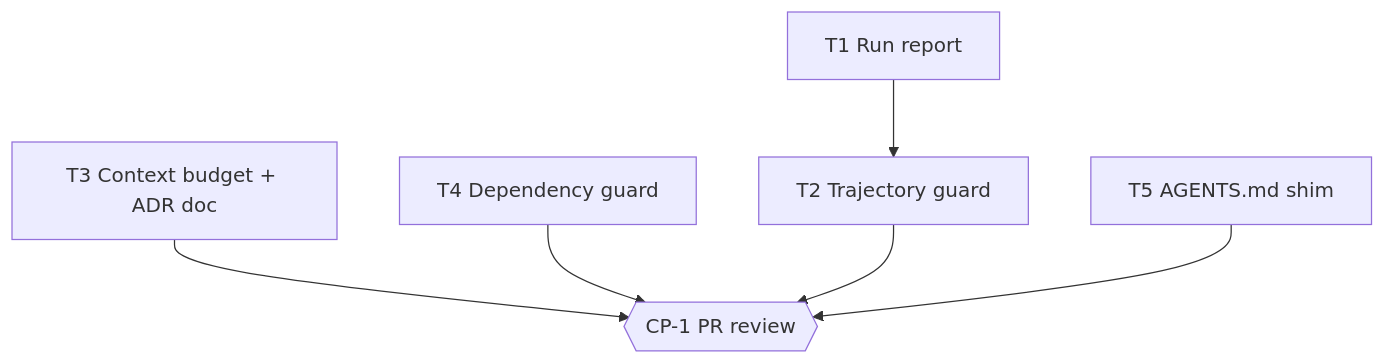
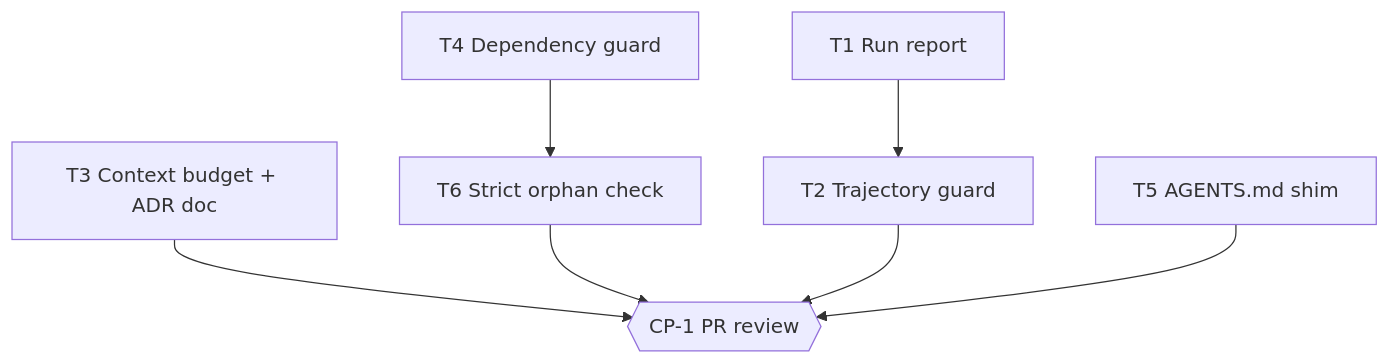
One commit to antoinelef23/Claudo changed the diagram in work/sdlc-rework/tasks.md. Above: the diagram before and after it, drawn with Mermaid. The commit also changed other lines of this file and 2 other files, not shown here.

First line of the commit message:
docs(sdlc-rework): amend spec 1.1.0 — BHV-4a strict orphan check [BHV-4a, EVAL-6]

````diff
--- a/work/sdlc-rework/tasks.md
+++ b/work/sdlc-rework/tasks.md
@@ -16,8 +16,9 @@
 ```mermaid
 flowchart TD
     T1[T1 Run report] --> T2[T2 Trajectory guard]
     T3[T3 Context budget + ADR doc] --> CP1{{CP-1 PR review}}
-    T4[T4 Dependency guard] --> CP1
+    T4[T4 Dependency guard] --> T6[T6 Strict orphan check]
+    T6 --> CP1
     T2 --> CP1
     T5[T5 AGENTS.md shim] --> CP1
 ```
````
